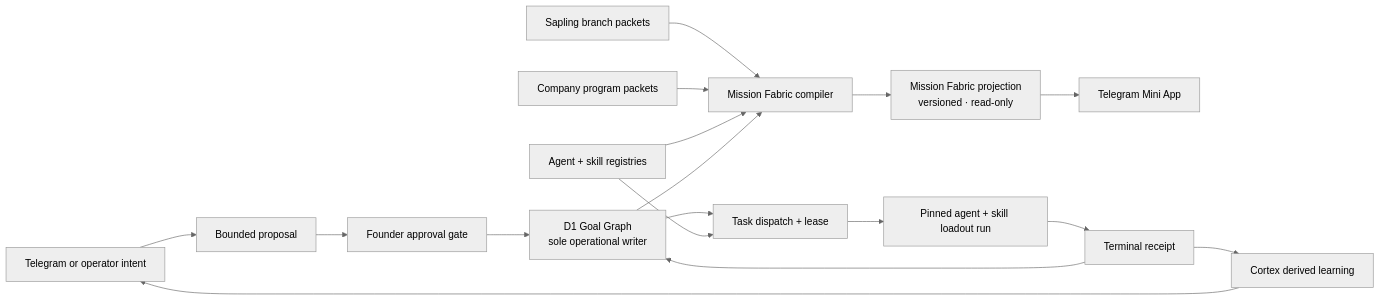
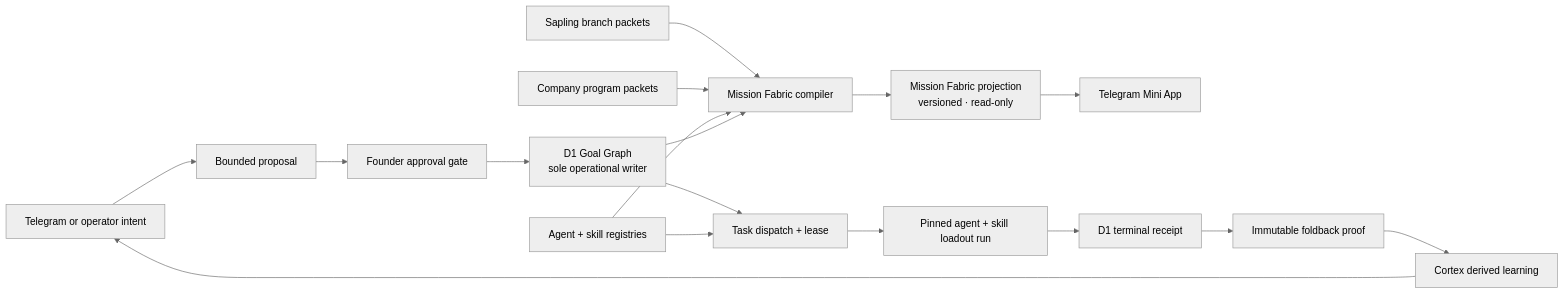
The diagram in docs/architecture/cambium-operating-fabric.md (Sheshiyer/cambium), drawn with Mermaid (neutral theme) before and after one commit. The commit also changed other lines of this file and 27 other files, not shown here.

````diff
--- a/docs/architecture/cambium-operating-fabric.md
+++ b/docs/architecture/cambium-operating-fabric.md
@@ -257,22 +257,22 @@
 ```mermaid
 flowchart LR
   Intent["Telegram or operator intent"] --> Proposal["Bounded proposal"]
   Proposal --> Gate["Founder approval gate"]
   Gate --> D1["D1 Goal Graph<br/>sole operational writer"]
 
   Branch["Sapling branch packets"] --> Compiler["Mission Fabric compiler"]
   Program["Company program packets"] --> Compiler
   Registry["Agent + skill registries"] --> Compiler
   D1 --> Compiler
 
   Compiler --> Projection["Mission Fabric projection<br/>versioned · read-only"]
   Projection --> MiniApp["Telegram Mini App"]
 
   D1 --> Dispatch["Task dispatch + lease"]
   Registry --> Dispatch
   Dispatch --> Run["Pinned agent + skill loadout run"]
-  Run --> Receipt["Terminal receipt"]
-  Receipt --> D1
-  Receipt --> Cortex["Cortex derived learning"]
+  Run --> Receipt["D1 terminal receipt"]
+  Receipt --> Foldback["Immutable foldback proof"]
+  Foldback --> Cortex["Cortex derived learning"]
   Cortex --> Intent
 ```
````
